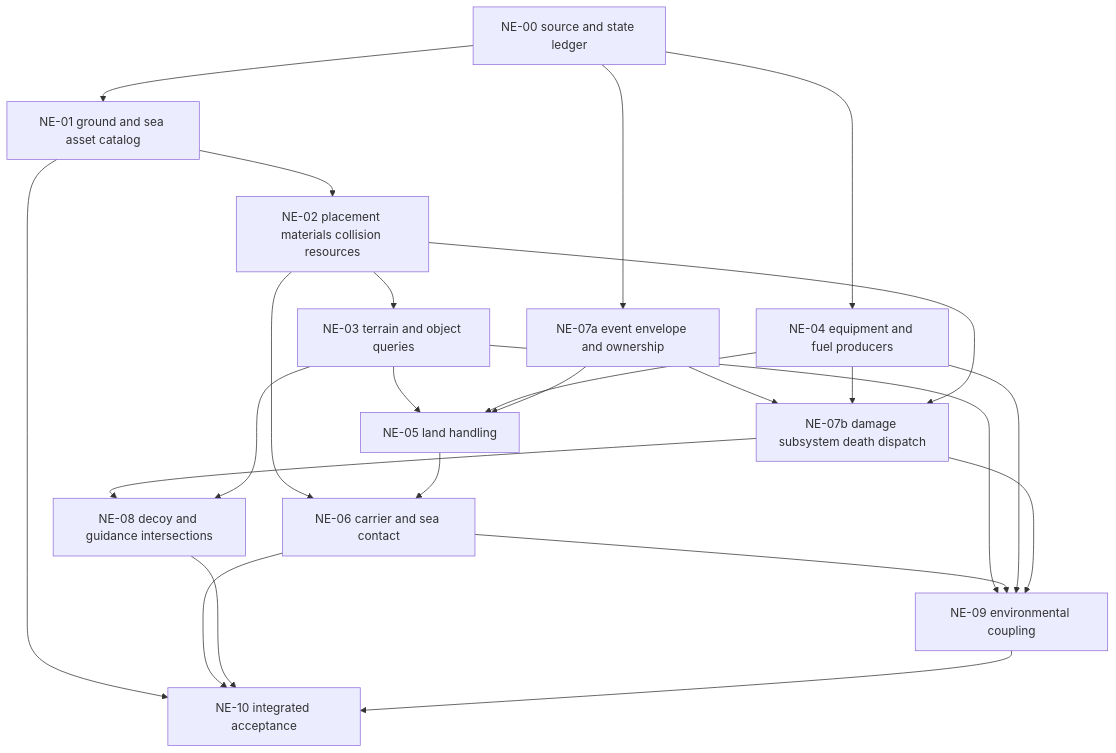
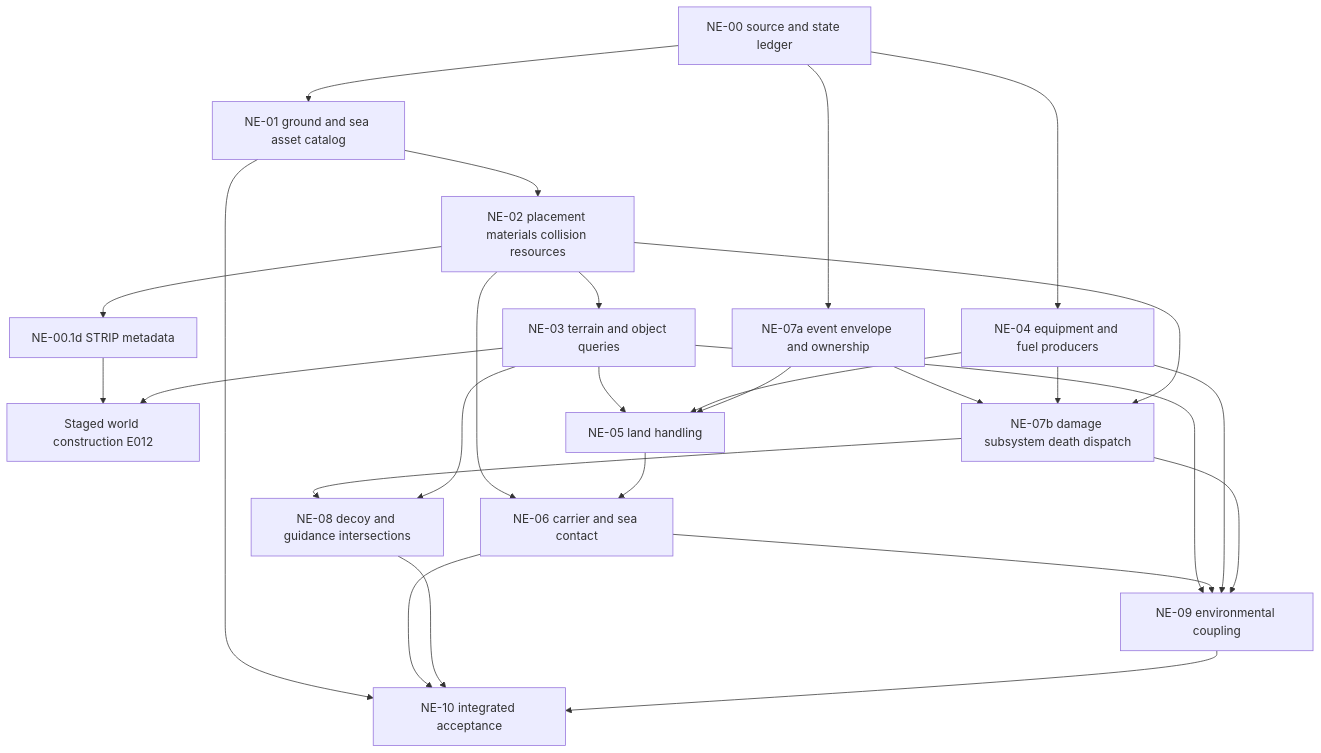
The diagram in docs/native-environment-systems-plan.md (john-overton/T.O.R.E-Fighters), drawn with Mermaid before and after one commit. The commit also changed other lines of this file and 10 other files, not shown here.

Commit message:
Recover STRIP initialization and bounded shape box metadata

````diff
--- a/docs/native-environment-systems-plan.md
+++ b/docs/native-environment-systems-plan.md
@@ -150,26 +156,29 @@
 ```mermaid
 flowchart TD
   A[NE-00 source and state ledger] --> B[NE-01 ground and sea asset catalog]
   B --> C[NE-02 placement materials collision resources]
+  C --> S[NE-00.1d STRIP metadata]
+  S --> W[Staged world construction E012]
+  F --> W
   A --> D[NE-04 equipment and fuel producers]
   A --> E[NE-07a event envelope and ownership]
   C --> F[NE-03 terrain and object queries]
   F --> G[NE-05 land handling]
   D --> G
   E --> G
   C --> H[NE-06 carrier and sea contact]
   G --> H
   E --> I[NE-07b damage subsystem death dispatch]
   D --> I
   C --> I
   I --> J[NE-08 decoy and guidance intersections]
   F --> J
   F --> K[NE-09 environmental coupling]
   H --> K
   D --> K
   I --> K
   B --> L[NE-10 integrated acceptance]
   H --> L
   J --> L
   K --> L
 ```
````
